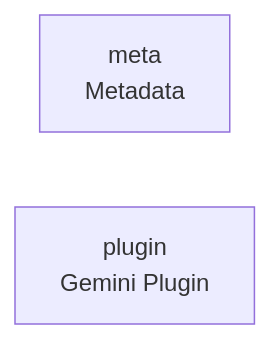
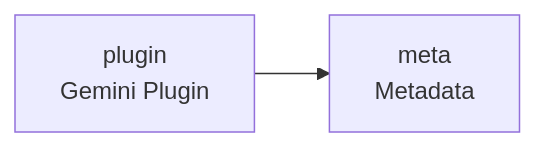
One commit to cj-mills/cjm-transcription-plugin-gemini changed the diagram in README.md. Above: the diagram before and after it, drawn with Mermaid. The commit also changed other lines of this file and 4 other files, not shown here.

````diff
--- a/README.md
+++ b/README.md
@@ -22,5 +22,7 @@
 ``` mermaid
 graph LR
     meta[meta<br/>Metadata]
     plugin[plugin<br/>Gemini Plugin]
+
+    plugin --> meta
 ```
````
